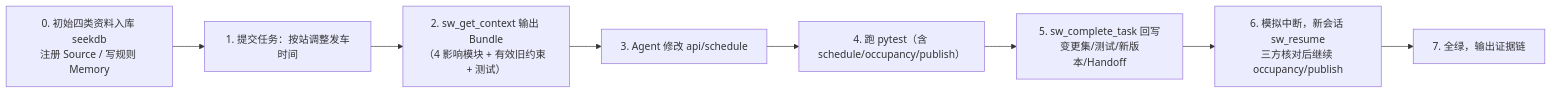
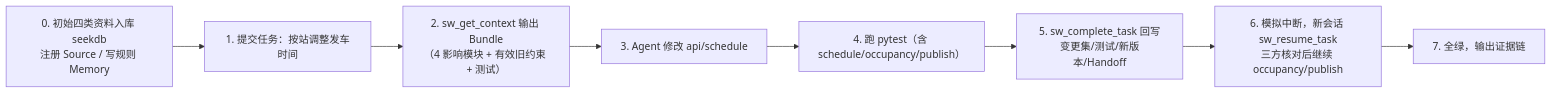
The eighth of 8 diagrams in docs/01-架构设计说明书.md (simpur-dev/SDD), drawn with Mermaid before and after one commit. The commit also changed other lines of this file and 1 other file, not shown here.

````diff
--- a/docs/01-架构设计说明书.md
+++ b/docs/01-架构设计说明书.md
@@ -618,11 +621,11 @@
 ```mermaid
 flowchart LR
     K0["0. 初始四类资料入库 seekdb<br/>注册 Source / 写规则 Memory"]
     --> K1["1. 提交任务：按站调整发车时间"]
     --> K2["2. sw_get_context 输出 Bundle<br/>（4 影响模块 + 有效旧约束 + 测试）"]
     --> K3["3. Agent 修改 api/schedule"]
     --> K4["4. 跑 pytest（含 schedule/occupancy/publish）"]
     --> K5["5. sw_complete_task 回写<br/>变更集/测试/新版本/Handoff"]
-    --> K6["6. 模拟中断，新会话 sw_resume<br/>三方核对后继续 occupancy/publish"]
+    --> K6["6. 模拟中断，新会话 sw_resume_task<br/>三方核对后继续 occupancy/publish"]
     --> K7["7. 全绿，输出证据链"]
 ```
````
